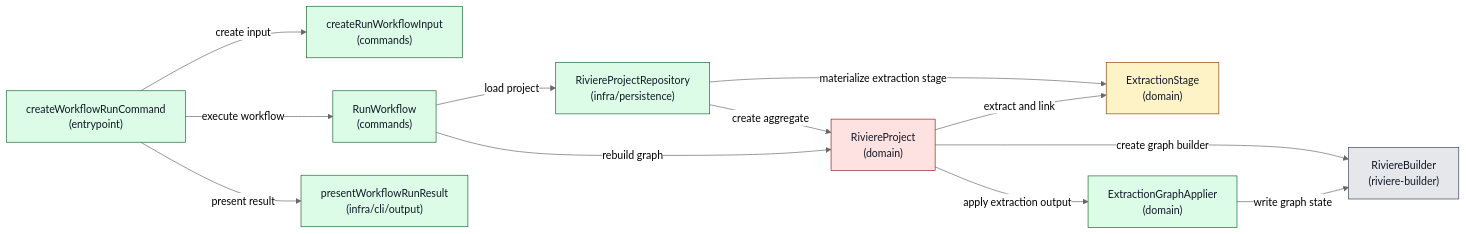
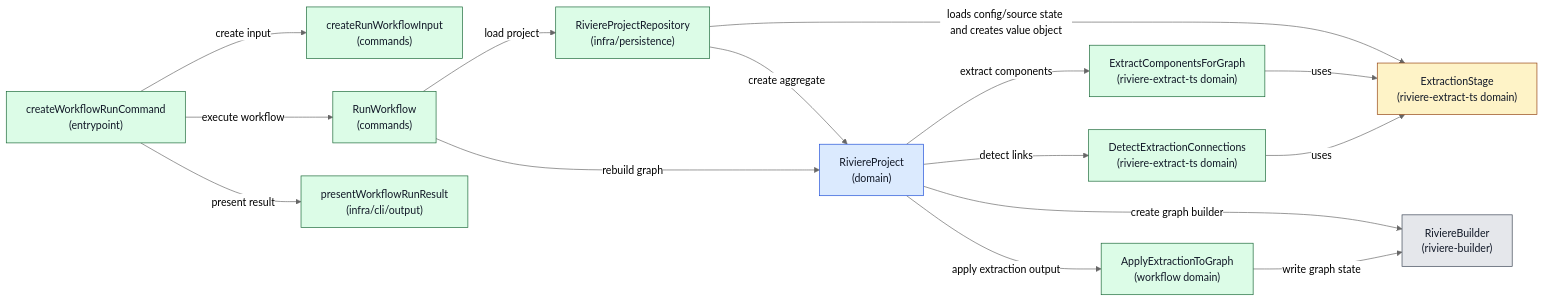
The second of 5 diagrams in docs/project/PRD/riviere-extraction-workflows-v1/ARCH.md (NTCoding/living-architecture), drawn with Mermaid (neutral theme) before and after one commit. The commit also changed other lines of this file and 1 other file, not shown here.

````diff
--- a/docs/project/PRD/riviere-extraction-workflows-v1/ARCH.md
+++ b/docs/project/PRD/riviere-extraction-workflows-v1/ARCH.md
@@ -164,38 +201,46 @@
 ```mermaid
 flowchart LR
   entrypoint["createWorkflowRunCommand<br/>(entrypoint)"]
   inputFactory["createRunWorkflowInput<br/>(commands)"]
   useCase["RunWorkflow<br/>(commands)"]
   repository["RiviereProjectRepository<br/>(infra/persistence)"]
-  extractionStage["ExtractionStage<br/>(domain)"]
+  extractionStage["ExtractionStage<br/>(riviere-extract-ts domain)"]
+  extractComponents["ExtractComponentsForGraph<br/>(riviere-extract-ts domain)"]
+  detectConnections["DetectExtractionConnections<br/>(riviere-extract-ts domain)"]
   project["RiviereProject<br/>(domain)"]
   builder["RiviereBuilder<br/>(riviere-builder)"]
-  graphApplier["ExtractionGraphApplier<br/>(domain)"]
+  applyExtractionToGraph["ApplyExtractionToGraph<br/>(workflow domain)"]
   formatter["presentWorkflowRunResult<br/>(infra/cli/output)"]
 
   entrypoint -->|create input| inputFactory
   entrypoint -->|execute workflow| useCase
   useCase -->|load project| repository
-  repository -->|materialize extraction stage| extractionStage
+  repository -->|loads config/source state and creates value object| extractionStage
   repository -->|create aggregate| project
   useCase -->|rebuild graph| project
   project -->|create graph builder| builder
-  project -->|extract and link| extractionStage
-  project -->|apply extraction output| graphApplier
-  graphApplier -->|write graph state| builder
+  project -->|extract components| extractComponents
+  project -->|detect links| detectConnections
+  extractComponents -->|uses| extractionStage
+  detectConnections -->|uses| extractionStage
+  project -->|apply extraction output| applyExtractionToGraph
+  applyExtractionToGraph -->|write graph state| builder
   entrypoint -->|present result| formatter
 
   classDef statusExisting fill:#e5e7eb,stroke:#374151,color:#111827
   classDef statusChanged fill:#fef3c7,stroke:#92400e,color:#111827
   classDef statusNew fill:#dcfce7,stroke:#166534,color:#111827
-  classDef statusOpen fill:#fee2e2,stroke:#991b1b,color:#111827
+  classDef statusRequiresRoleChange fill:#dbeafe,stroke:#1d4ed8,color:#111827
   class entrypoint statusNew
   class inputFactory statusNew
   class useCase statusNew
   class repository statusNew
+  class extractionStageMaterializer statusRequiresRoleChange
   class extractionStage statusChanged
-  class project statusOpen
+  class extractComponents statusNew
+  class detectConnections statusNew
+  class project statusRequiresRoleChange
   class builder statusExisting
-  class graphApplier statusNew
+  class applyExtractionToGraph statusNew
   class formatter statusNew
 ```
````
